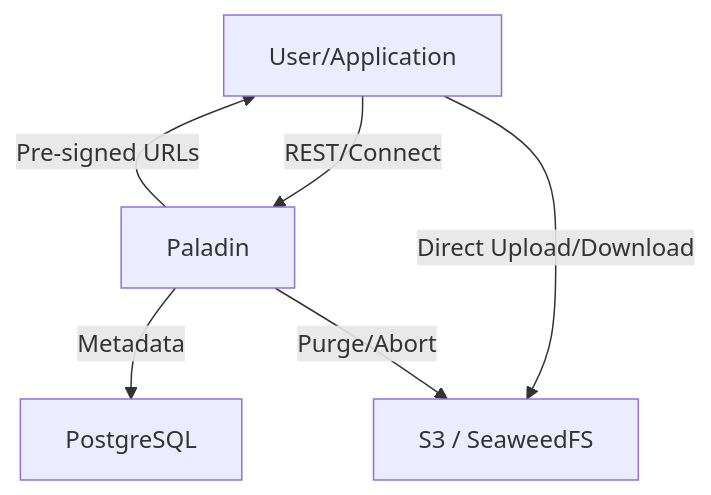
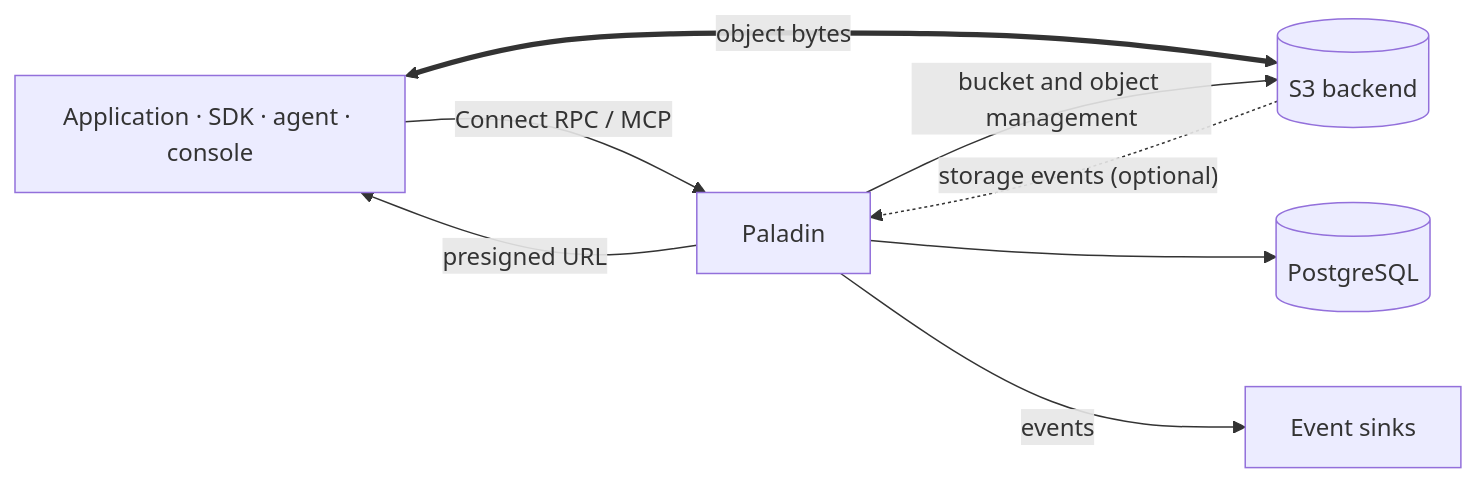
The first of 4 diagrams in backend/docs/diagrams.md (oleg-tkachuk/paladin), drawn with Mermaid before and after one commit. The commit also changed other lines of this file and 2 other files, not shown here.

First line of the commit message:
docs: state that paladin is a control plane, not an s3 proxy, and redraw the diagrams

````diff
--- a/backend/docs/diagrams.md
+++ b/backend/docs/diagrams.md
@@ -5,8 +11,16 @@
 ```mermaid
-graph TD
-    User["User/Application"] -- "REST/Connect" --> Paladin["Paladin"]
-    Paladin -- "Metadata" --> DB["PostgreSQL"]
-    Paladin -- "Pre-signed URLs" --> User
-    User -- "Direct Upload/Download" --> S3["S3 / SeaweedFS"]
-    Paladin -- "Purge/Abort" --> S3
+flowchart LR
+    client["Application · SDK · agent · console"]
+    paladin["Paladin"]
+    pg[("PostgreSQL")]
+    s3[("S3 backend")]
+    sinks["Event sinks"]
+
+    client -- "Connect RPC / MCP" --> paladin
+    paladin -- "presigned URL" --> client
+    client <== "object bytes" ==> s3
+    paladin -- "bucket and object management" --> s3
+    paladin --> pg
+    paladin -- "events" --> sinks
+    s3 -. "storage events (optional)" .-> paladin
 ```
````
